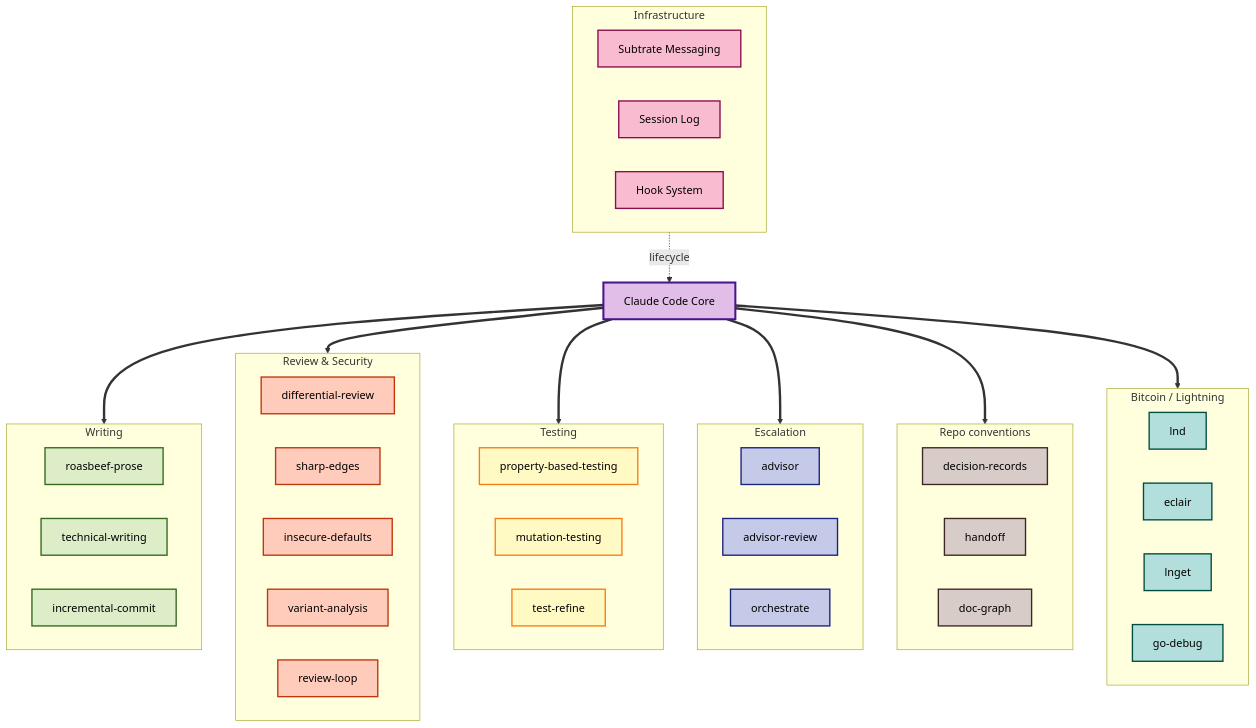
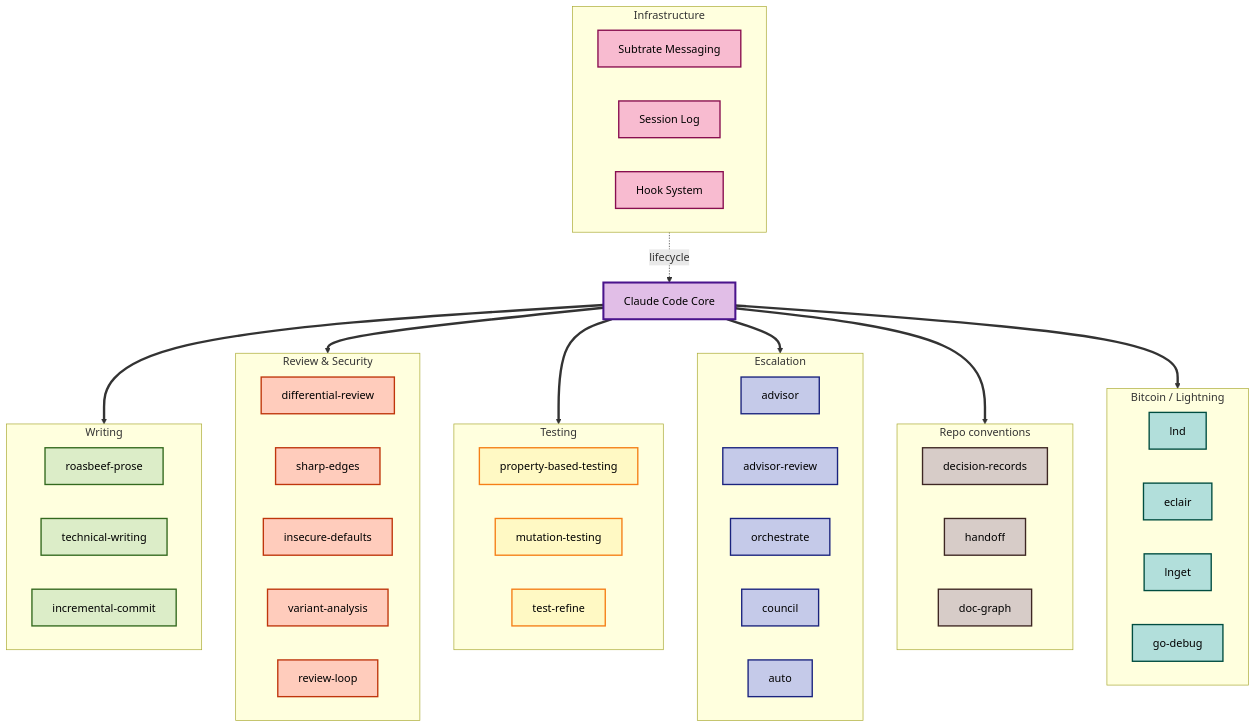
The diagram in README.md (Roasbeef/beefstack), drawn with Mermaid before and after one commit. The commit also changed other lines of this file and 3 other files, not shown here.

First line of the commit message:
skills+docs: link advisor to council and auto, refresh model names

```diff
--- a/README.md
+++ b/README.md
@@ -127,6 +127,8 @@
         E1[advisor]
         E2[advisor-review]
         E3[orchestrate]
+        E4[council]
+        E5[auto]
     end
 
     subgraph Conventions["Repo conventions"]
@@ -172,7 +174,7 @@
     class W1,W2,W3 writing
     class R1,R2,R3,R4,R5 review
     class T1,T2,T3 testing
-    class E1,E2,E3 escalation
+    class E1,E2,E3,E4,E5 escalation
     class C1,C2,C3 conventions
     class D1,D2,D3,D4 domain
     class Sub,Ses,Hooks infra
```
